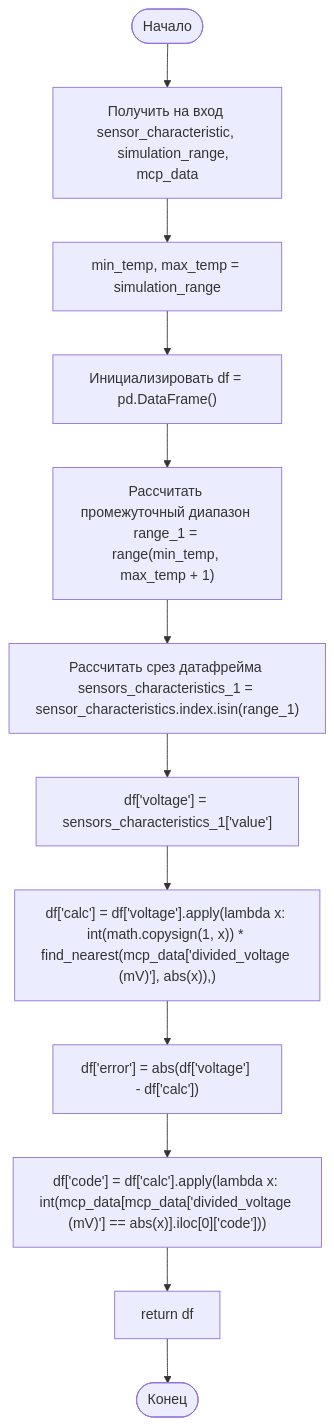
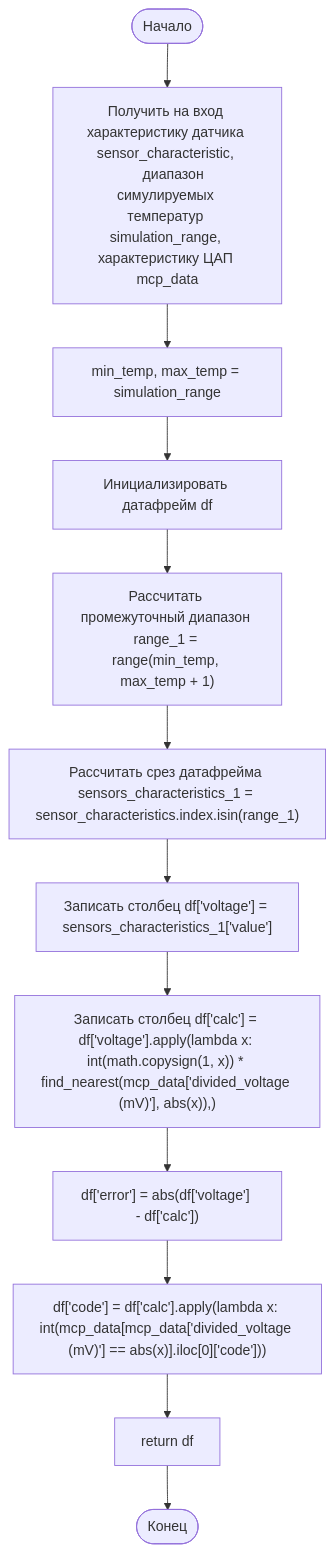
Before and after one commit to Marik28/dissertation: the fourth of 5 diagrams in data/diagrams/алгоритмы.md, drawn with Mermaid. The commit also changed other lines of this file and 2 other files, not shown here.

Commit message:
refactor diagrams

````diff
--- a/data/diagrams/алгоритмы.md
+++ b/data/diagrams/алгоритмы.md
@@ -132,16 +175,16 @@
 ```mermaid
 flowchart
     Start(["Начало"]) --> A
-    A["Получить на вход sensor_characteristic, 
-    simulation_range, mcp_data"] --> B
+    A["Получить на вход характеристику датчика sensor_characteristic, 
+    диапазон симулируемых температур simulation_range, характеристику ЦАП mcp_data"] --> B
     B["min_temp, max_temp = simulation_range"] --> C
-    C["Инициализировать df = pd.DataFrame()"] --> D
+    C["Инициализировать датафрейм df"] --> D
     D["Рассчитать промежуточный диапазон range_1 = range(min_temp, max_temp + 1)"] --> E
     E["Рассчитать срез датафрейма sensors_characteristics_1 = sensor_characteristics.index.isin(range_1)"] --> F
-    F["df['voltage'] = sensors_characteristics_1['value']"]  --> G 
-    G["df['calc'] = df['voltage'].apply(lambda x: int(math.copysign(1, x)) * find_nearest(mcp_data['divided_voltage (mV)'], abs(x)),)"] --> H
+    F["Записать столбец df['voltage'] = sensors_characteristics_1['value']"]  --> G 
+    G["Записать столбец df['calc'] = df['voltage'].apply(lambda x: int(math.copysign(1, x)) * find_nearest(mcp_data['divided_voltage (mV)'], abs(x)),)"] --> H
     H["df['error'] = abs(df['voltage'] - df['calc'])"] --> I
     I["df['code'] = df['calc'].apply(lambda x: int(mcp_data[mcp_data['divided_voltage (mV)'] == abs(x)].iloc[0]['code']))"] --> J
     J["return df"] --> End
     End(["Конец"])
 ```
````
